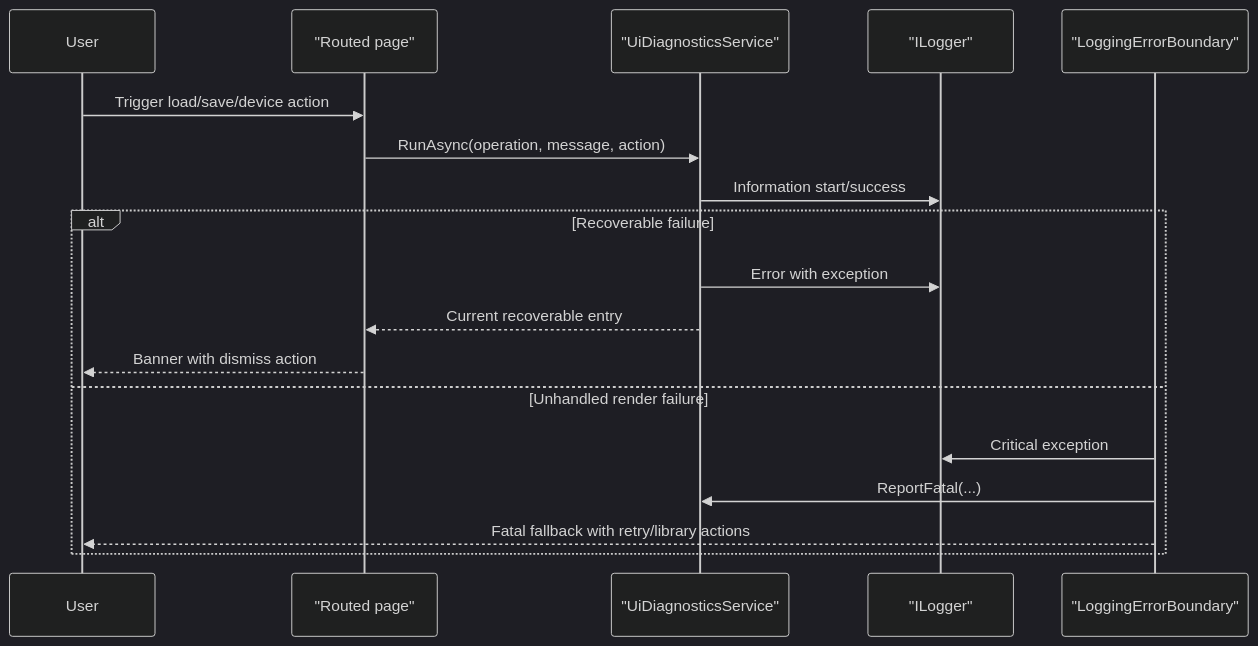
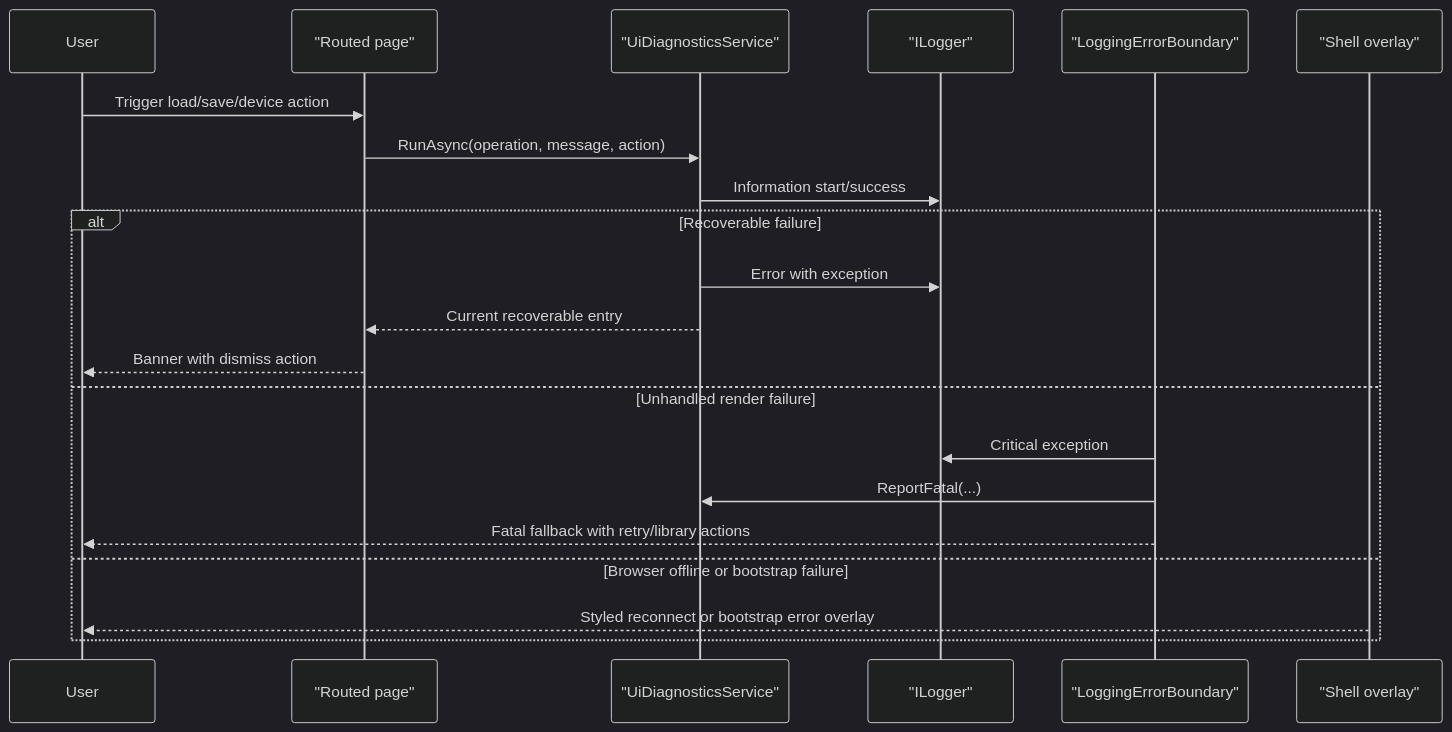
Before and after one commit to managedcode/PrompterOne: the sixth of 11 diagrams in docs/Architecture.md, drawn with Mermaid (dark theme). The commit also changed other lines of this file and 153 other files, not shown here.

````diff
--- a/docs/Architecture.md
+++ b/docs/Architecture.md
@@ -126,21 +136,24 @@
 ```mermaid
 sequenceDiagram
     participant User
     participant Page as "Routed page"
     participant Diagnostics as "UiDiagnosticsService"
     participant Logger as "ILogger"
     participant Boundary as "LoggingErrorBoundary"
+    participant Shell as "Shell overlay"
 
     User->>Page: Trigger load/save/device action
     Page->>Diagnostics: RunAsync(operation, message, action)
     Diagnostics->>Logger: Information start/success
     alt Recoverable failure
         Diagnostics->>Logger: Error with exception
         Diagnostics-->>Page: Current recoverable entry
         Page-->>User: Banner with dismiss action
     else Unhandled render failure
         Boundary->>Logger: Critical exception
         Boundary->>Diagnostics: ReportFatal(...)
         Boundary-->>User: Fatal fallback with retry/library actions
+    else Browser offline or bootstrap failure
+        Shell-->>User: Styled reconnect or bootstrap error overlay
     end
 ```
````
